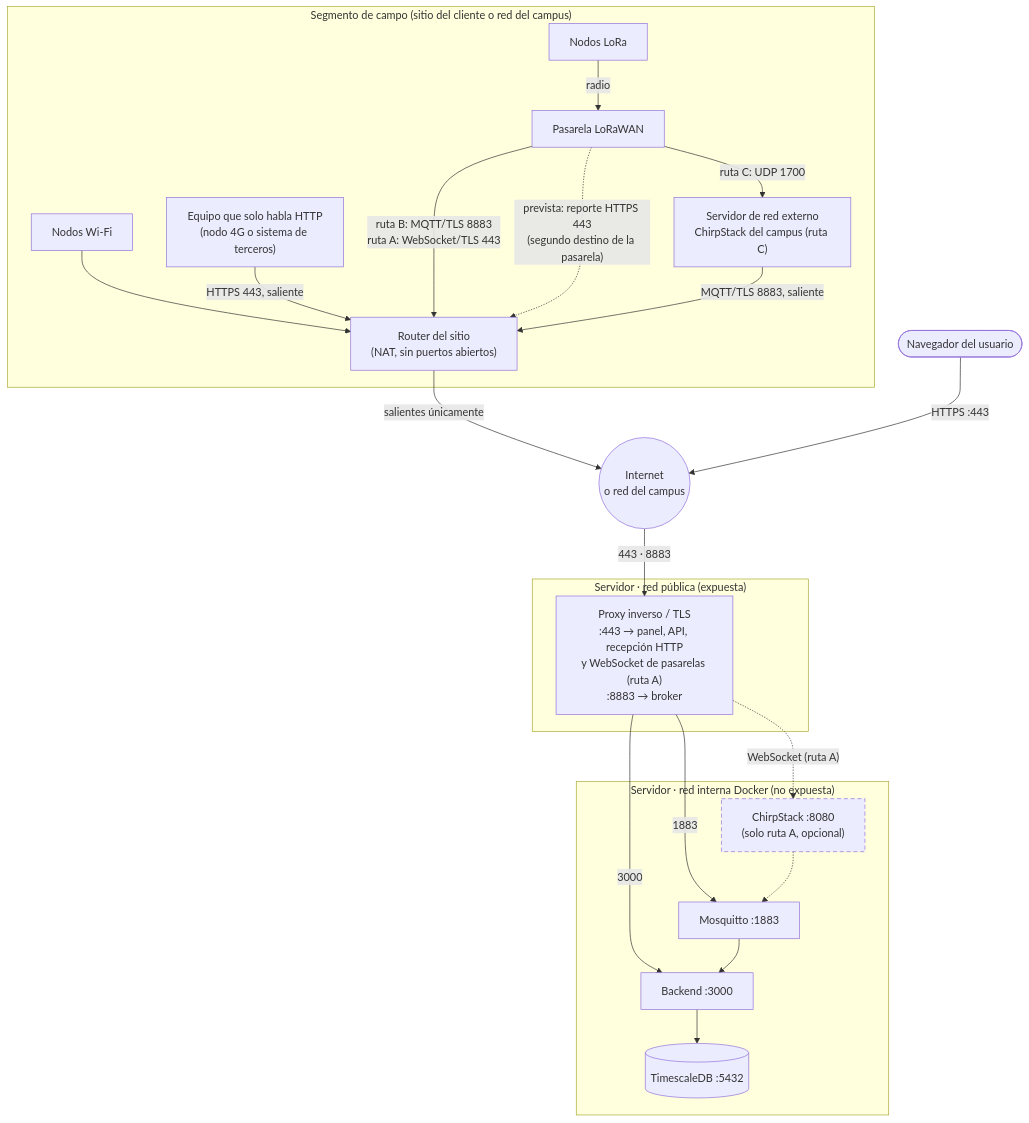
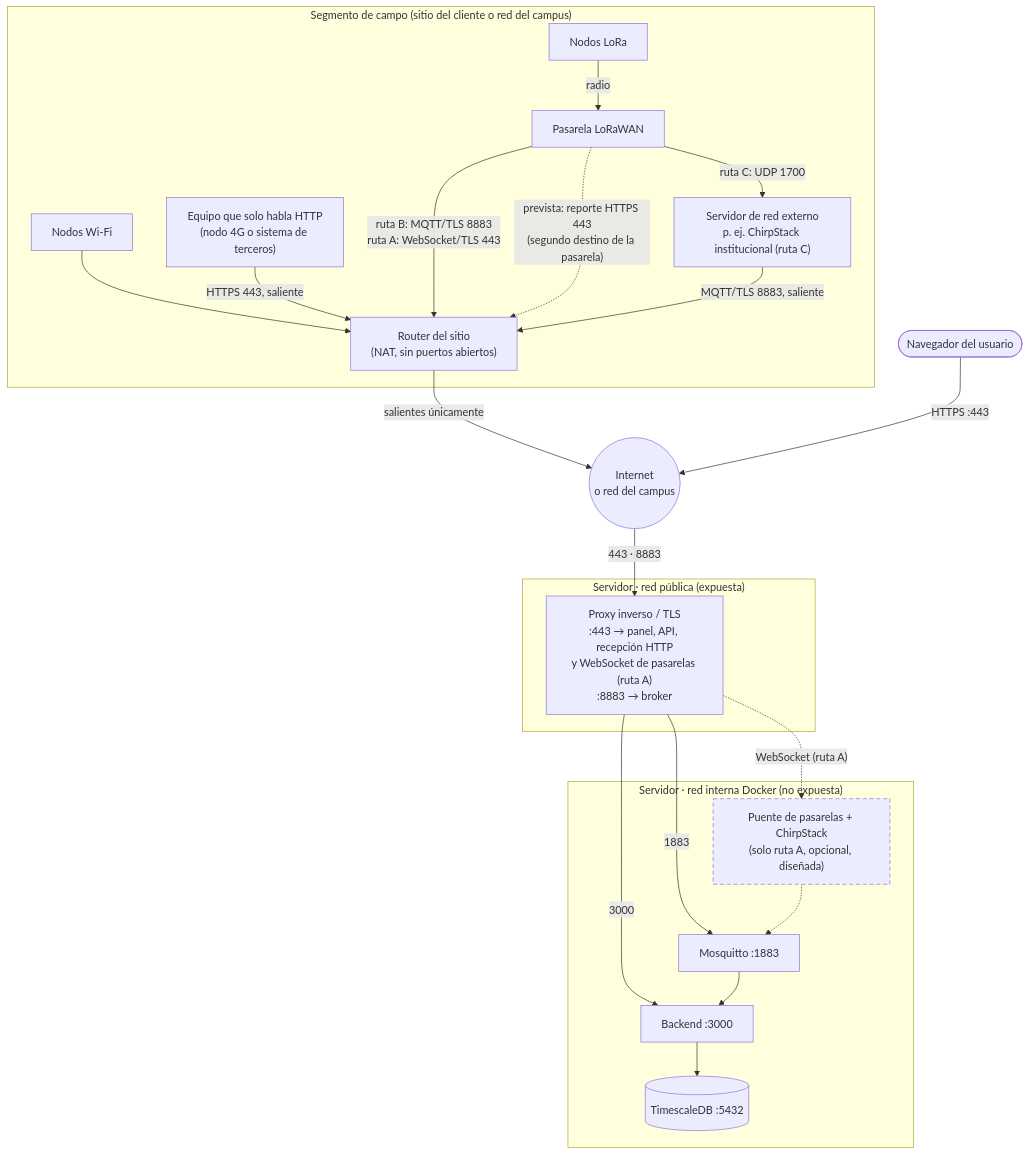
One commit to vicenterami/tesis changed the diagram in informe-oficial/figuras/mermaid/red.mmd. Above: the diagram before and after it, drawn with Mermaid. The commit also changed 44 other files, not shown here.

```diff
--- a/informe-oficial/figuras/mermaid/red.mmd
+++ b/informe-oficial/figuras/mermaid/red.mmd
@@ -1,36 +1,36 @@
 flowchart TB
     subgraph CAMPO["Segmento de campo (sitio del cliente o red del campus)"]
         S1["Nodos LoRa"] -- radio --> G["Pasarela LoRaWAN"]
         S2["Nodos Wi-Fi"] --> R["Router del sitio\n(NAT, sin puertos abiertos)"]
         S3["Equipo que solo habla HTTP\n(nodo 4G o sistema de terceros)"] -- "HTTPS 443, saliente" --> R
         G -- "ruta B: MQTT/TLS 8883\nruta A: WebSocket/TLS 443" --> R
         G -. "prevista: reporte HTTPS 443\n(segundo destino de la pasarela)" .-> R
-        G -- "ruta C: UDP 1700" --> NSE["Servidor de red externo\nChirpStack del campus (ruta C)"]
+        G -- "ruta C: UDP 1700" --> NSE["Servidor de red externo\np. ej. ChirpStack institucional (ruta C)"]
         NSE -- "MQTT/TLS 8883, saliente" --> R
     end
 
     INET(("Internet\no red del campus"))
 
     subgraph DMZ["Servidor · red pública (expuesta)"]
         RP["Proxy inverso / TLS\n:443 → panel, API, recepción HTTP\ny WebSocket de pasarelas (ruta A)\n:8883 → broker"]
     end
 
     subgraph INT["Servidor · red interna Docker (no expuesta)"]
         MQ["Mosquitto :1883"]
         BE["Backend :3000"]
         DB[("TimescaleDB :5432")]
-        CS["ChirpStack :8080\n(solo ruta A, opcional)"]
+        CS["Puente de pasarelas + ChirpStack\n(solo ruta A, opcional, diseñada)"]
     end
 
     R -- "salientes únicamente" --> INET
     INET -- "443 · 8883" --> RP
     RP -- "1883" --> MQ
     RP -- "3000" --> BE
     RP -. "WebSocket (ruta A)" .-> CS
     CS -.-> MQ
     MQ --> BE
     BE --> DB
 
     NAV(["Navegador del usuario"]) -- "HTTPS :443" --> INET
     classDef opcional stroke-dasharray:6 4
     class CS opcional
```
